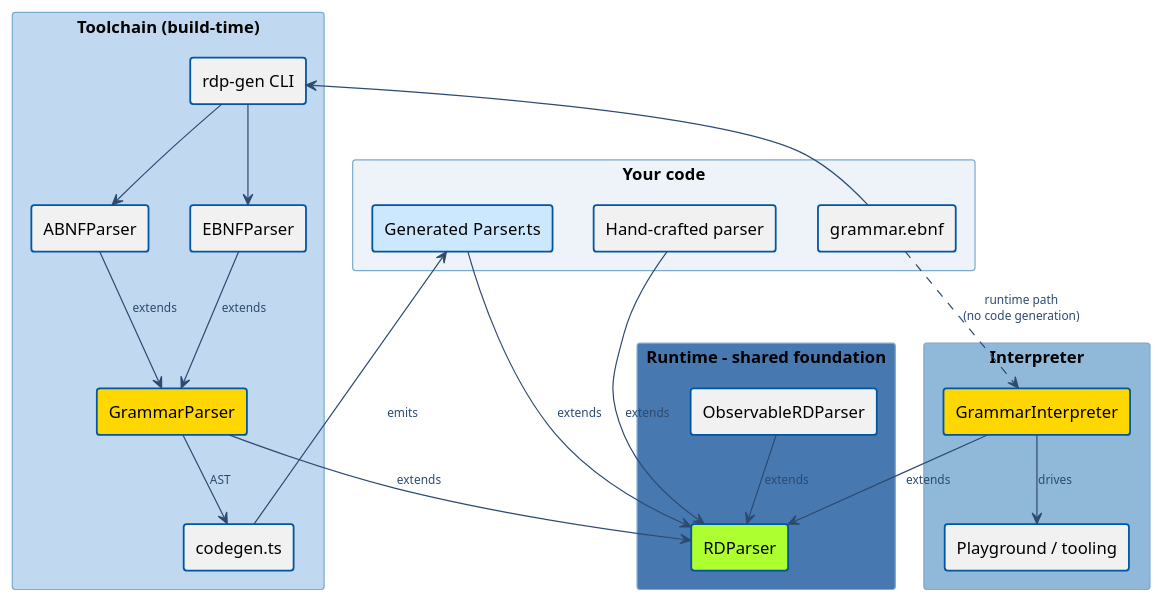
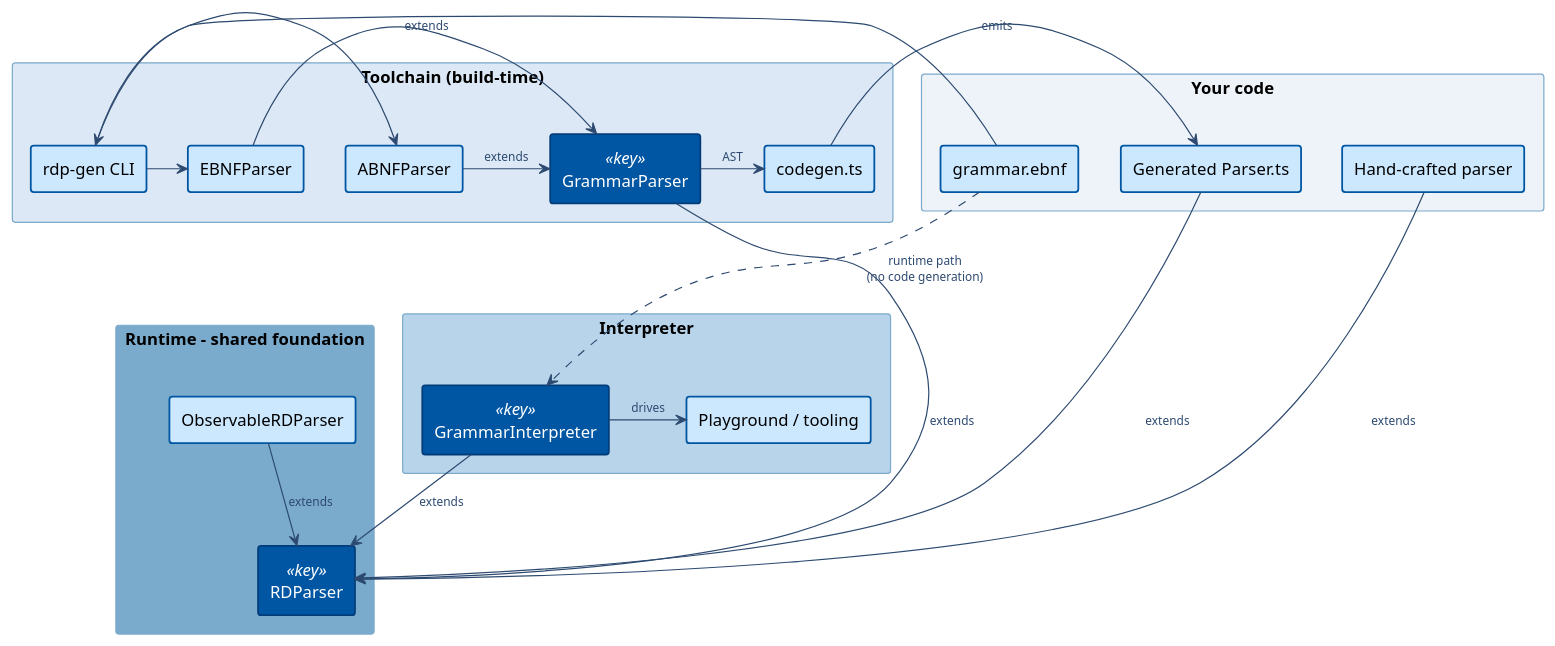
One commit to ConfiguredThings/RDP.js changed the diagram in docs-site/src/diagrams/architecture.puml. Above: the diagram before and after it, drawn with PlantUML. The commit also changed 14 other files, not shown here.

Commit message:
added patterns and diagrams

```diff
--- a/docs-site/src/diagrams/architecture.puml
+++ b/docs-site/src/diagrams/architecture.puml
@@ -1,59 +1,71 @@
-@startuml
+@startuml architecture
 skinparam componentStyle rectangle
 skinparam defaultFontName monospace
 skinparam packageStyle rectangle
 skinparam ArrowColor #2d4a70
 skinparam ArrowFontColor #2d4a70
 skinparam ArrowFontSize 10
 skinparam ComponentBorderColor #0056A3
 skinparam ComponentBorderThickness 1.5
+skinparam ComponentBackgroundColor #cce8ff
 skinparam PackageBorderColor #7aaacc
 skinparam PackageBorderThickness 1.5
+skinparam BackgroundColor transparent
+
+skinparam component<<key>> {
+  BackgroundColor #0056A3
+  FontColor white
+  BorderColor #003d7a
+}
 
 top to bottom direction
 
-package "Your code" #eef3fa {
-  component "grammar.ebnf" as grammar
-  component "Generated Parser.ts" as generated #cce8ff
-  component "Hand-crafted parser" as handcrafted
+together {
+  package "Your code" #eef3fa {
+    component "grammar.ebnf" as grammar
+    component "Generated Parser.ts" as generated
+    component "Hand-crafted parser" as handcrafted
+  }
+
+  package "Toolchain (build-time)" #dce8f5 {
+    component "rdp-gen CLI" as rdpgen
+    component "ABNFParser" as abnf
+    component "EBNFParser" as ebnf
+    component "GrammarParser" <<key>> as grammarparser
+    component "codegen.ts" as codegen
+  }
 }
 
-package "Toolchain (build-time)" #c0d8f0 {
-  component "rdp-gen CLI" as rdpgen
-  component "ABNFParser" as abnf
-  component "EBNFParser" as ebnf
-  component "GrammarParser" as grammarparser #gold
-  component "codegen.ts" as codegen
-}
+together {
+  package "Interpreter" #b8d4eb {
+    component "GrammarInterpreter" <<key>> as interp
+    component "Playground / tooling" as playground
+  }
 
-package "Interpreter" #90b8d8 {
-  component "GrammarInterpreter" as interp #gold
-  component "Playground / tooling" as playground
-}
-
-package "Runtime - shared foundation" #4878b0 {
-  component "RDParser" as rdparser #GreenYellow
-  component "ObservableRDParser" as observable
+  package "Runtime - shared foundation" #7aaacc {
+    component "RDParser" <<key>> as rdparser
+    component "ObservableRDParser" as observable
+  }
 }
 
 ' Toolchain build-time flow
-grammar --> rdpgen
-rdpgen --> abnf
-rdpgen --> ebnf
-abnf --> grammarparser : extends
-ebnf --> grammarparser : extends
-grammarparser --> codegen : AST
-codegen --> generated : emits
+grammar -right-> rdpgen
+rdpgen -right-> abnf
+rdpgen -right-> ebnf
+abnf -right-> grammarparser : extends
+ebnf -right-> grammarparser : extends
+grammarparser -right-> codegen : AST
+codegen -right-> generated : emits
 
 ' All extends relationships lead to RDParser
-grammarparser --> rdparser : extends
-generated --> rdparser : extends
-handcrafted --> rdparser : extends
-interp --> rdparser : extends
-observable --> rdparser : extends
+grammarparser -down-> rdparser : extends
+generated -down-> rdparser : extends
+handcrafted -down-> rdparser : extends
+interp -down-> rdparser : extends
+observable -down-> rdparser : extends
 
 ' Alternative interpreter path (runtime, no code generation)
 grammar ..> interp : runtime path\n(no code generation)
-interp --> playground : drives
+interp -right-> playground : drives
 
 @enduml
```
